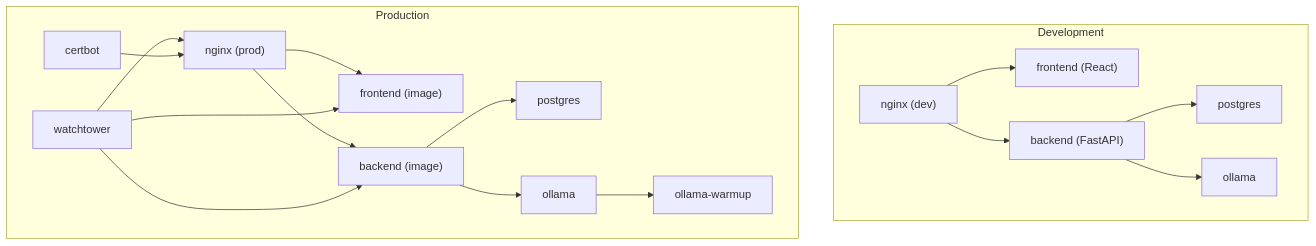
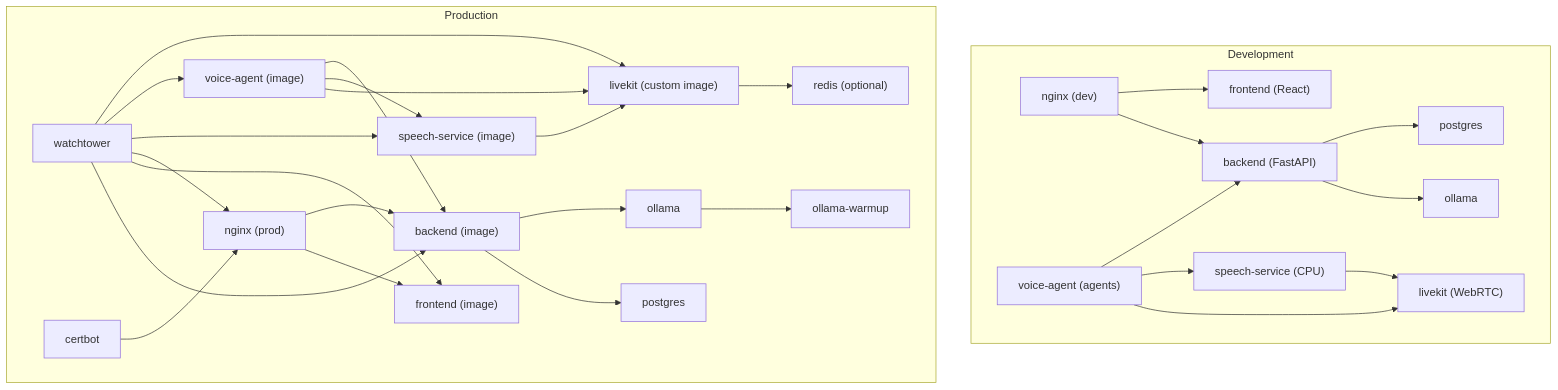
Before and after one commit to Revanththetalogics/aireume: the first of 12 diagrams in .qoder/repowiki/en/content/Deployment & DevOps/Docker Configuration.md, drawn with Mermaid. The commit also changed other lines of this file and 39 other files, not shown here.

````diff
--- a/.qoder/repowiki/en/content/Deployment & DevOps/Docker Configuration.md
+++ b/.qoder/repowiki/en/content/Deployment & DevOps/Docker Configuration.md
@@ -62,33 +78,52 @@
 ```mermaid
 graph TB
 subgraph "Development"
 DevNginx["nginx (dev)"]
 DevFrontend["frontend (React)"]
 DevBackend["backend (FastAPI)"]
 DevPostgres["postgres"]
 DevOllama["ollama"]
+DevSpeech["speech-service (CPU)"]
+DevVoiceAgent["voice-agent (agents)"]
+DevLiveKit["livekit (WebRTC)"]
 end
 subgraph "Production"
 ProdNginx["nginx (prod)"]
 ProdFrontend["frontend (image)"]
 ProdBackend["backend (image)"]
 ProdPostgres["postgres"]
 ProdOllama["ollama"]
-Warmup["ollama-warmup"]
-Watchtower["watchtower"]
-Certbot["certbot"]
+ProdSpeech["speech-service (image)"]
+ProdVoiceAgent["voice-agent (image)"]
+ProdLiveKit["livekit (custom image)"]
+ProdRedis["redis (optional)"]
+ProdWarmup["ollama-warmup"]
+ProdWatchtower["watchtower"]
+ProdCertbot["certbot"]
 end
 DevNginx --> DevFrontend
 DevNginx --> DevBackend
 DevBackend --> DevPostgres
 DevBackend --> DevOllama
+DevSpeech --> DevLiveKit
+DevVoiceAgent --> DevLiveKit
+DevVoiceAgent --> DevSpeech
+DevVoiceAgent --> DevBackend
 ProdNginx --> ProdFrontend
 ProdNginx --> ProdBackend
 ProdBackend --> ProdPostgres
 ProdBackend --> ProdOllama
-ProdOllama --> Warmup
-Watchtower --> ProdBackend
-Watchtower --> ProdFrontend
-Watchtower --> ProdNginx
-Certbot --> ProdNginx
+ProdSpeech --> ProdLiveKit
+ProdVoiceAgent --> ProdLiveKit
+ProdVoiceAgent --> ProdSpeech
+ProdVoiceAgent --> ProdBackend
+ProdLiveKit --> ProdRedis
+ProdOllama --> ProdWarmup
+ProdWatchtower --> ProdBackend
+ProdWatchtower --> ProdFrontend
+ProdWatchtower --> ProdNginx
+ProdWatchtower --> ProdSpeech
+ProdWatchtower --> ProdVoiceAgent
+ProdWatchtower --> ProdLiveKit
+ProdCertbot --> ProdNginx
 ```
````
